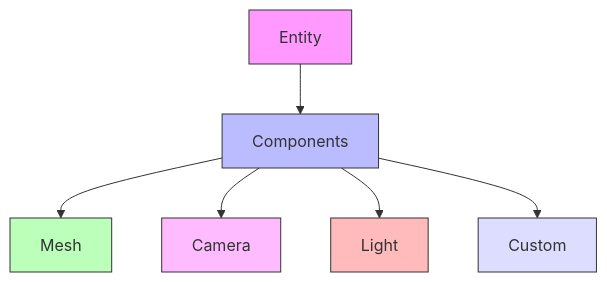
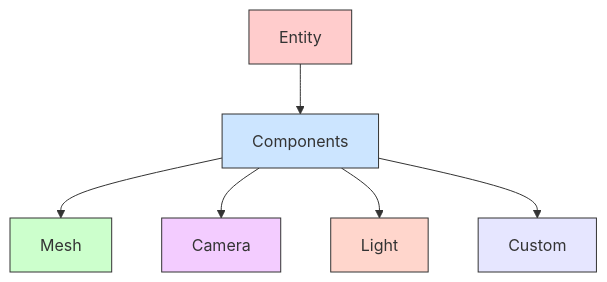
One commit to ukonpower/OREngine changed the first of 2 diagrams in docs/README.md. Above: the diagram before and after it, drawn with Mermaid. The commit also changed other lines of this file and 5 other files, not shown here.

Commit message:
docs: tweak colors in diagrams

````diff
--- a/docs/README.md
+++ b/docs/README.md
@@ -68,15 +68,15 @@
 ```mermaid
 graph TB
     Entity[Entity] --> Components[Components]
     Components --> Mesh[Mesh]
     Components --> Camera[Camera]
     Components --> Light[Light]
     Components --> Custom[Custom]
 
-    style Entity fill:#f9f,stroke:#333
-    style Components fill:#bbf,stroke:#333
-    style Mesh fill:#bfb,stroke:#333
-    style Camera fill:#fbf,stroke:#333
-    style Light fill:#fbb,stroke:#333
-    style Custom fill:#ddf,stroke:#333
+    style Entity fill:#ffcccc,stroke:#333
+    style Components fill:#cce5ff,stroke:#333
+    style Mesh fill:#ccffcc,stroke:#333
+    style Camera fill:#f3ccff,stroke:#333
+    style Light fill:#ffd6cc,stroke:#333
+    style Custom fill:#e6e6ff,stroke:#333
 ```
````
